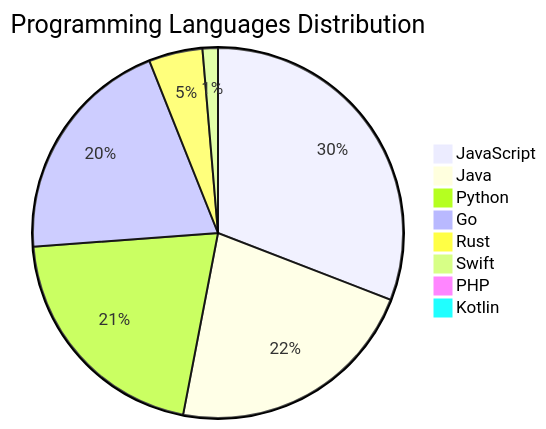
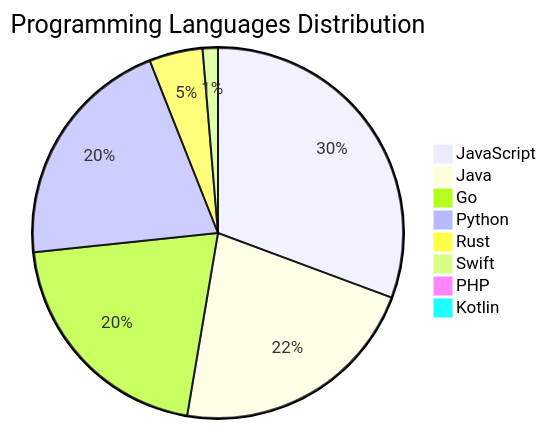
The diagram in README.md (Derrick-MUGISHA/github-activity-bot), drawn with Mermaid before and after one commit. The commit also changed other lines of this file and 4 other files, not shown here.

````diff
--- a/README.md
+++ b/README.md
@@ -208,11 +208,11 @@
 ```mermaid
 pie title Programming Languages Distribution
     "JavaScript" : 46
     "Java" : 33
+    "Go" : 31
     "Python" : 31
-    "Go" : 30
     "Rust" : 7
     "Swift" : 2
     "PHP" : 1
     "Kotlin" : 1
 ```
````
